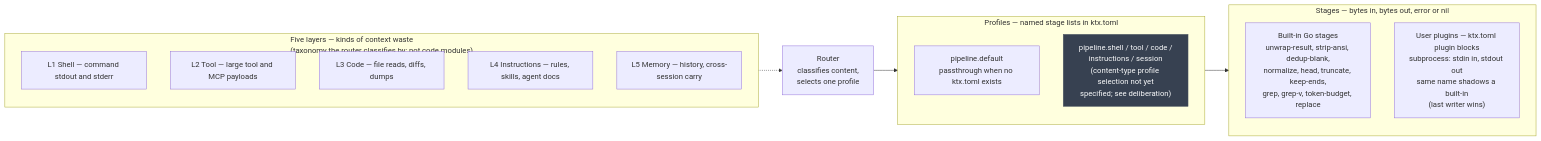
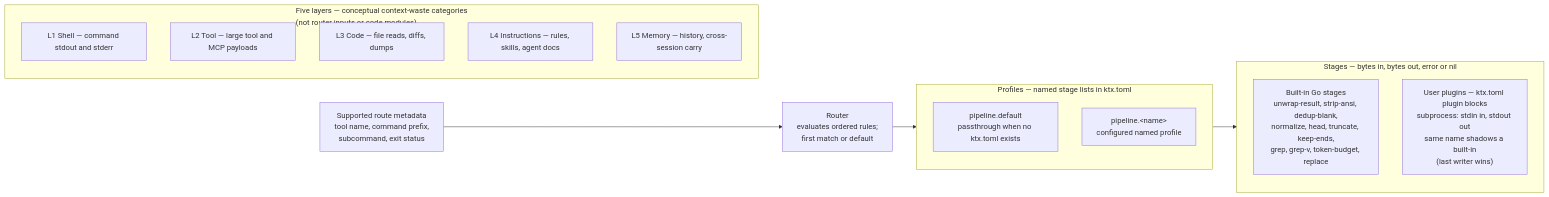
Before and after one commit to jgabor/ktx: the second of 2 diagrams in ARCHITECTURE.md, drawn with Mermaid. The commit also changed 2 other files, not shown here.

Commit message:
align router diagram with metadata routing

````diff
--- a/ARCHITECTURE.md
+++ b/ARCHITECTURE.md
@@ -88,29 +88,27 @@
 ```mermaid
 flowchart LR
-  subgraph layers["Five layers — kinds of context waste<br/>(taxonomy the router classifies by; not code modules)"]
+  subgraph layers["Five layers — conceptual context-waste categories<br/>(not router inputs or code modules)"]
     L1["L1 Shell — command stdout and stderr"]
     L2["L2 Tool — large tool and MCP payloads"]
     L3["L3 Code — file reads, diffs, dumps"]
     L4["L4 Instructions — rules, skills, agent docs"]
     L5["L5 Memory — history, cross-session carry"]
   end
 
-  C["Router<br/>classifies content,<br/>selects one profile"]
+  RM["Supported route metadata<br/>tool name, command prefix,<br/>subcommand, exit status"]
+  C["Router<br/>evaluates ordered rules;<br/>first match or default"]
 
   subgraph profiles["Profiles — named stage lists in ktx.toml"]
     P0["pipeline.default<br/>passthrough when no ktx.toml exists"]
-    PX["pipeline.shell / tool / code /<br/>instructions / session<br/>(content-type profile selection not yet<br/>specified; see deliberation)"]
+    PX["pipeline.&lt;name&gt;<br/>configured named profile"]
   end
 
   subgraph stages["Stages — bytes in, bytes out, error or nil"]
     B["Built-in Go stages<br/>unwrap-result, strip-ansi, dedup-blank,<br/>normalize, head, truncate, keep-ends,<br/>grep, grep-v, token-budget, replace"]
     U["User plugins — ktx.toml plugin blocks<br/>subprocess: stdin in, stdout out<br/>same name shadows a built-in<br/>(last writer wins)"]
   end
 
-  layers -.-> C
+  RM --> C
   C --> profiles
   profiles --> stages
-
-  classDef unspecified fill:#374151,color:#f9fafb,stroke:#4b5563
-  class PX unspecified
 ```
````
